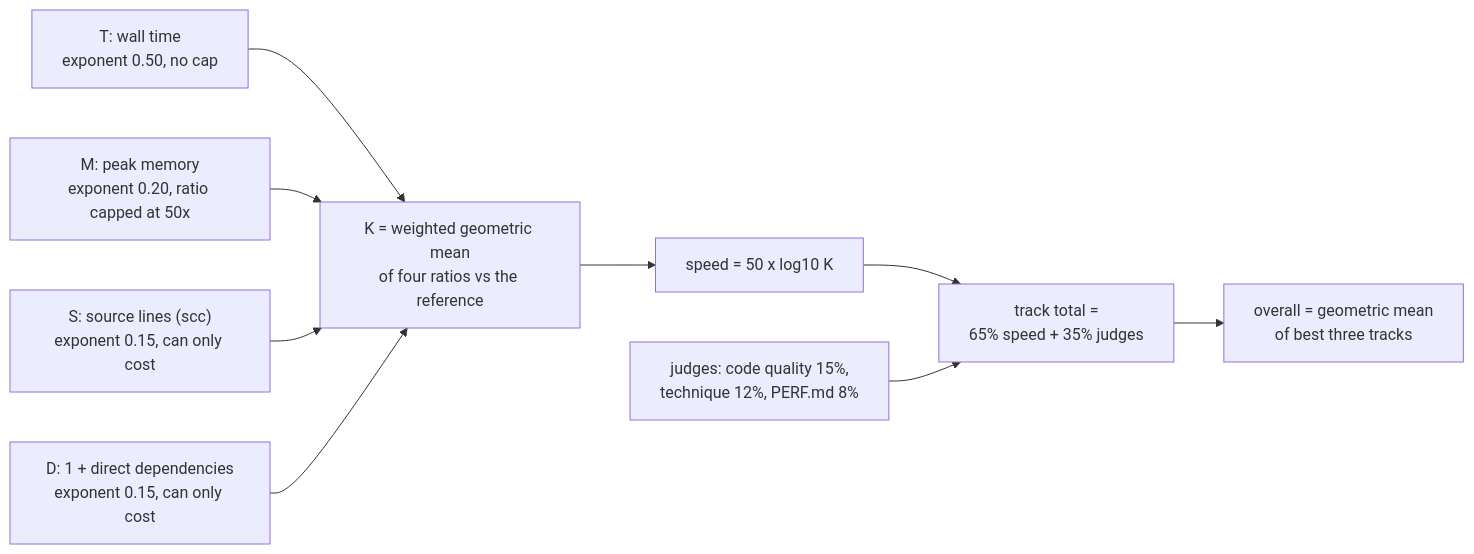
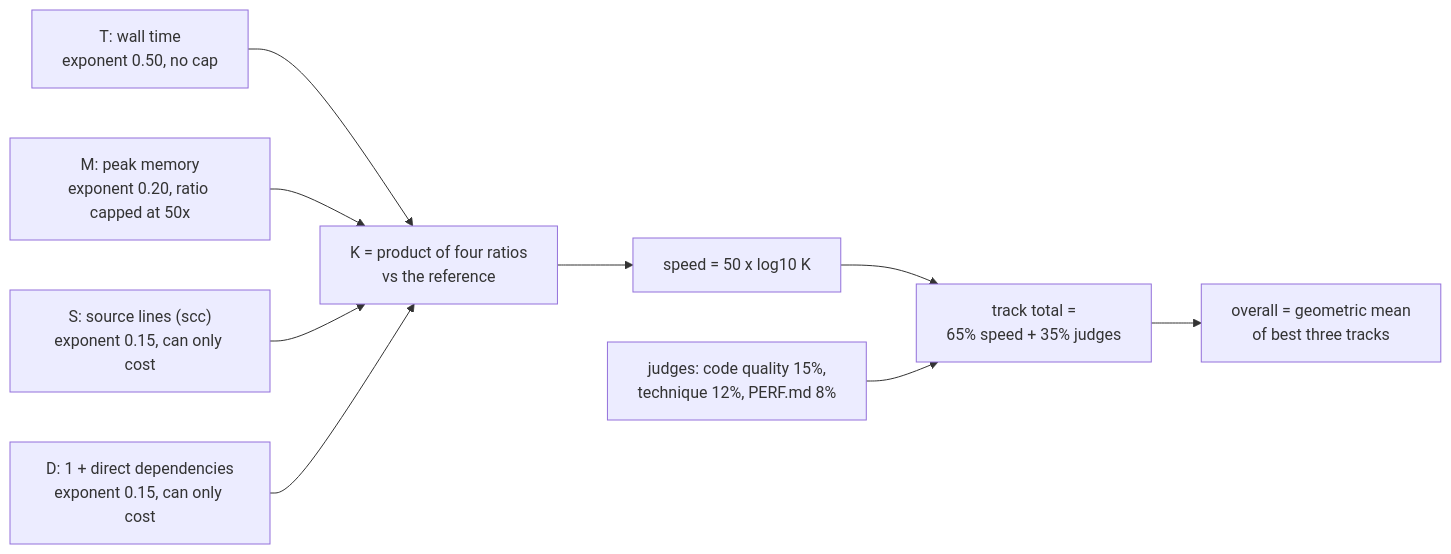
One commit to Dev-Am12/speed-demon-ganondorf changed the first of 8 diagrams in README.md. Above: the diagram before and after it, drawn with Mermaid. The commit also changed other lines of this file and 7 other files, not shown here.

````diff
--- a/README.md
+++ b/README.md
@@ -73,11 +78,11 @@
 ```mermaid
 flowchart LR
     T["T: wall time<br/>exponent 0.50, no cap"] --> K
     M["M: peak memory<br/>exponent 0.20, ratio capped at 50x"] --> K
     S["S: source lines (scc)<br/>exponent 0.15, can only cost"] --> K
     D["D: 1 + direct dependencies<br/>exponent 0.15, can only cost"] --> K
-    K["K = weighted geometric mean<br/>of four ratios vs the reference"] --> SP["speed = 50 x log10 K"]
+    K["K = product of four ratios<br/>vs the reference"] --> SP["speed = 50 x log10 K"]
     SP --> TOT["track total =<br/>65% speed + 35% judges"]
     J["judges: code quality 15%,<br/>technique 12%, PERF.md 8%"] --> TOT
     TOT --> OV["overall = geometric mean<br/>of best three tracks"]
 ```
````
